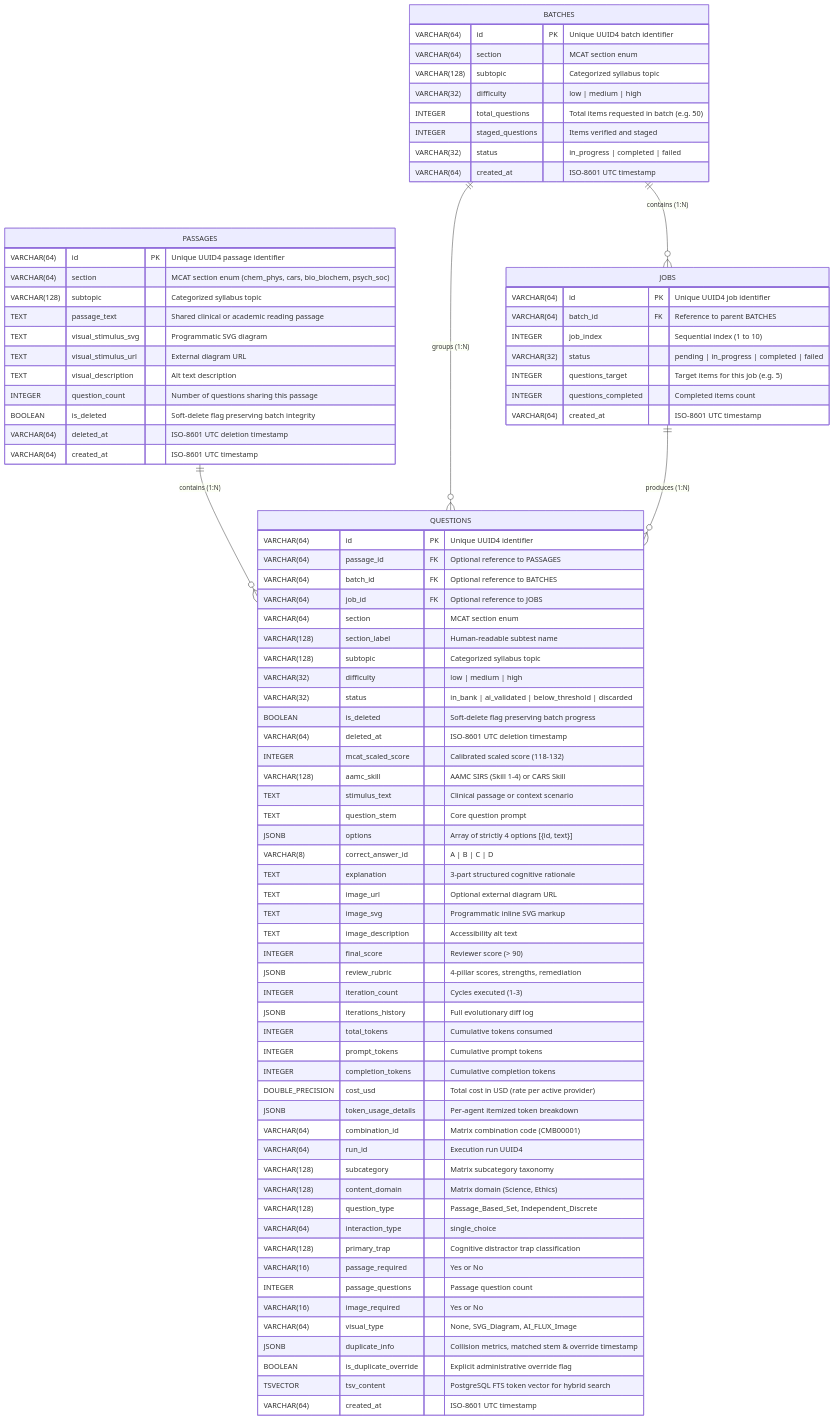
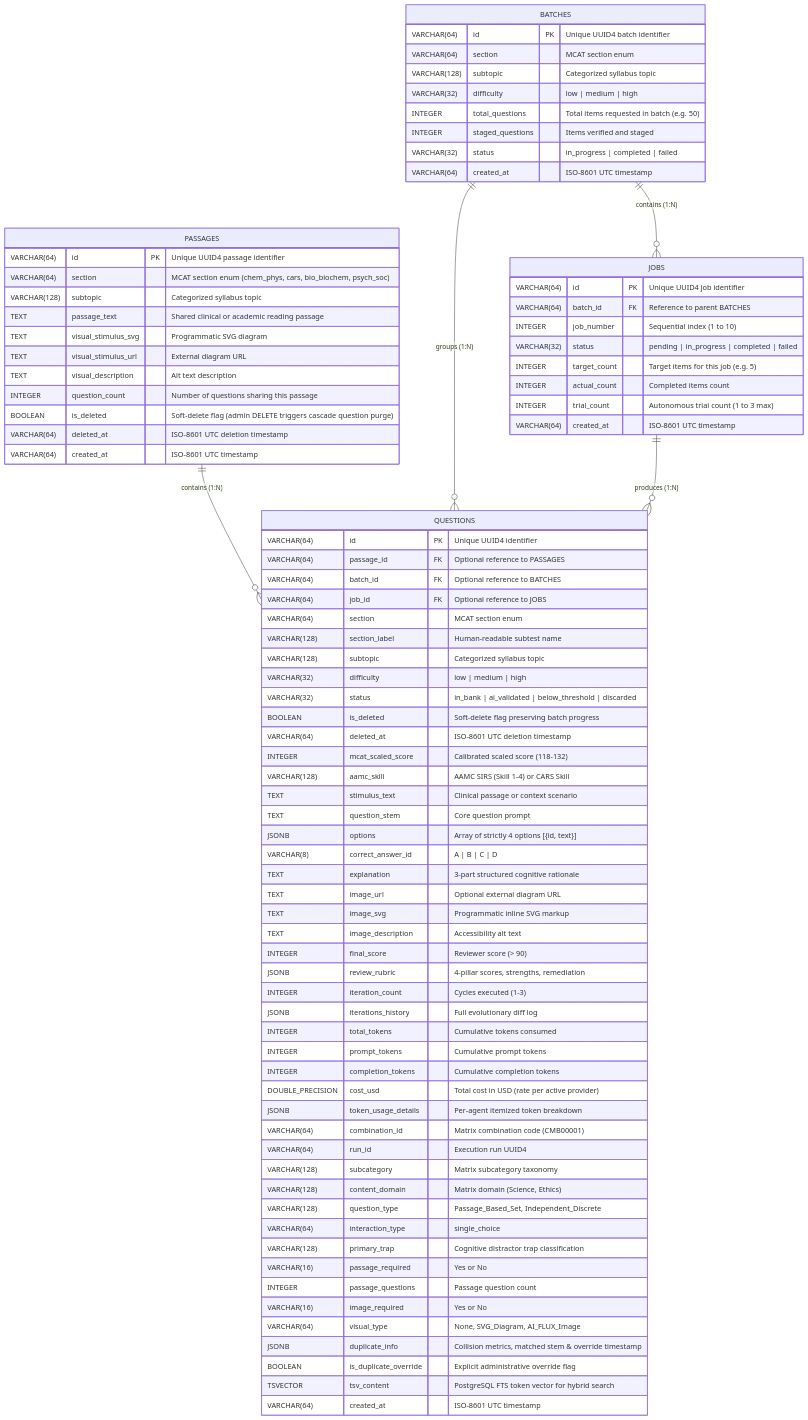
One commit to VishwamPatel-Infynno/Question-Bank-Generator changed the fifth of 6 diagrams in docs/ARCHITECTURE.md. Above: the diagram before and after it, drawn with Mermaid. The commit also changed other lines of this file and 12 other files, not shown here.

First line of the commit message:
docs: comprehensive overhaul across architecture, API, UI, and QA benchmarks

```diff
--- a/docs/ARCHITECTURE.md
+++ b/docs/ARCHITECTURE.md
@@ -459,7 +463,7 @@
         TEXT visual_stimulus_url "External diagram URL"
         TEXT visual_description "Alt text description"
         INTEGER question_count "Number of questions sharing this passage"
-        BOOLEAN is_deleted "Soft-delete flag preserving batch integrity"
+        BOOLEAN is_deleted "Soft-delete flag (admin DELETE triggers cascade question purge)"
         VARCHAR(64) deleted_at "ISO-8601 UTC deletion timestamp"
         VARCHAR(64) created_at "ISO-8601 UTC timestamp"
     }
@@ -478,10 +482,11 @@
     JOBS {
         VARCHAR(64) id PK "Unique UUID4 job identifier"
         VARCHAR(64) batch_id FK "Reference to parent BATCHES"
-        INTEGER job_index "Sequential index (1 to 10)"
+        INTEGER job_number "Sequential index (1 to 10)"
         VARCHAR(32) status "pending | in_progress | completed | failed"
-        INTEGER questions_target "Target items for this job (e.g. 5)"
-        INTEGER questions_completed "Completed items count"
+        INTEGER target_count "Target items for this job (e.g. 5)"
+        INTEGER actual_count "Completed items count"
+        INTEGER trial_count "Autonomous trial count (1 to 3 max)"
         VARCHAR(64) created_at "ISO-8601 UTC timestamp"
     }
 
```
